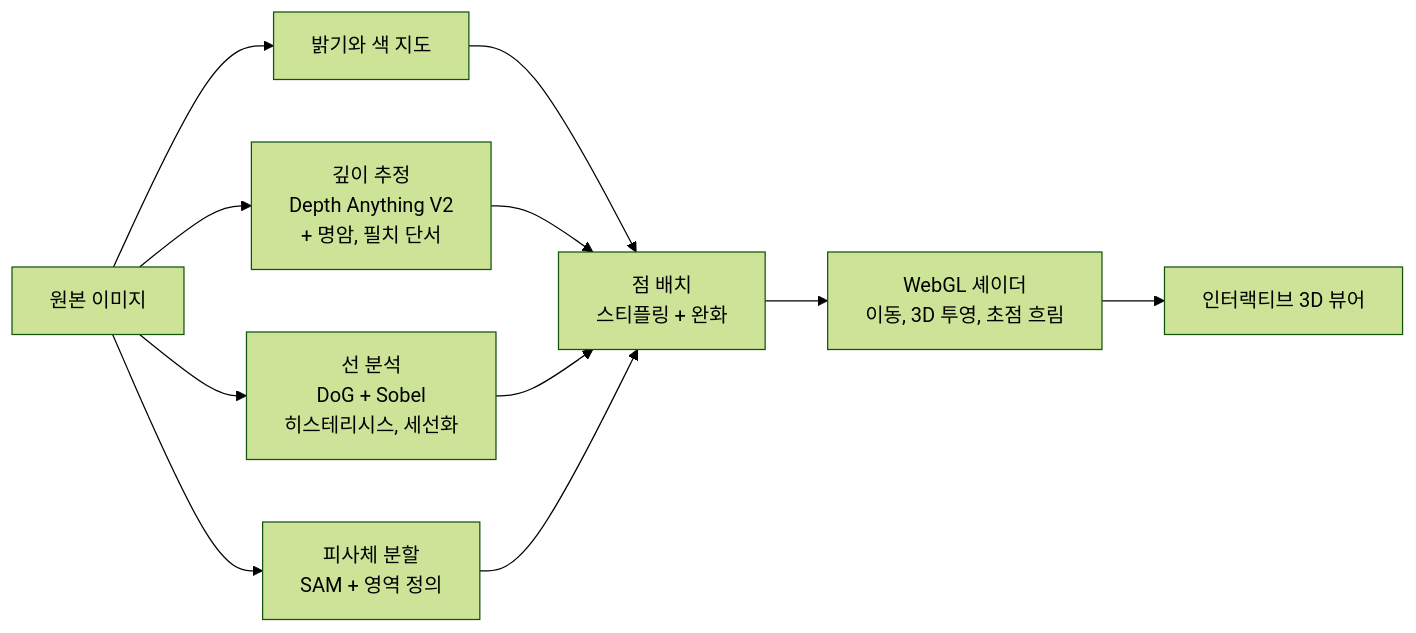
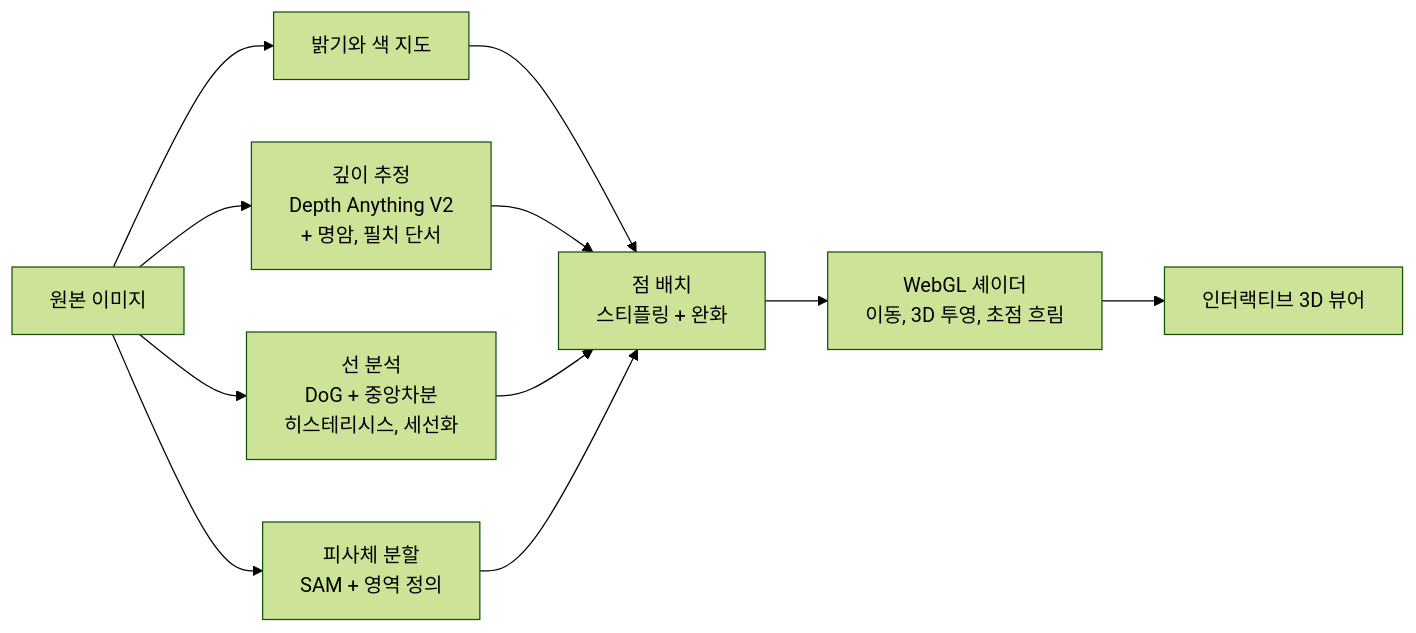
The diagram in README.md (devjwk/pointillism-gallery), drawn with Mermaid (forest theme) before and after one commit. The commit also changed other lines of this file and 67 other files, not shown here.

````diff
--- a/README.md
+++ b/README.md
@@ -80,13 +82,13 @@
 ```mermaid
 flowchart LR
     A["원본 이미지"] --> B["밝기와 색 지도"]
     A --> C["깊이 추정<br/>Depth Anything V2<br/>+ 명암, 필치 단서"]
-    A --> D["선 분석<br/>DoG + Sobel<br/>히스테리시스, 세선화"]
+    A --> D["선 분석<br/>DoG + 중앙차분<br/>히스테리시스, 세선화"]
     A --> E["피사체 분할<br/>SAM + 영역 정의"]
     B --> F["점 배치<br/>스티플링 + 완화"]
     C --> F
     D --> F
     E --> F
     F --> G["WebGL 셰이더<br/>이동, 3D 투영, 초점 흐림"]
     G --> H["인터랙티브 3D 뷰어"]
 ```
````
